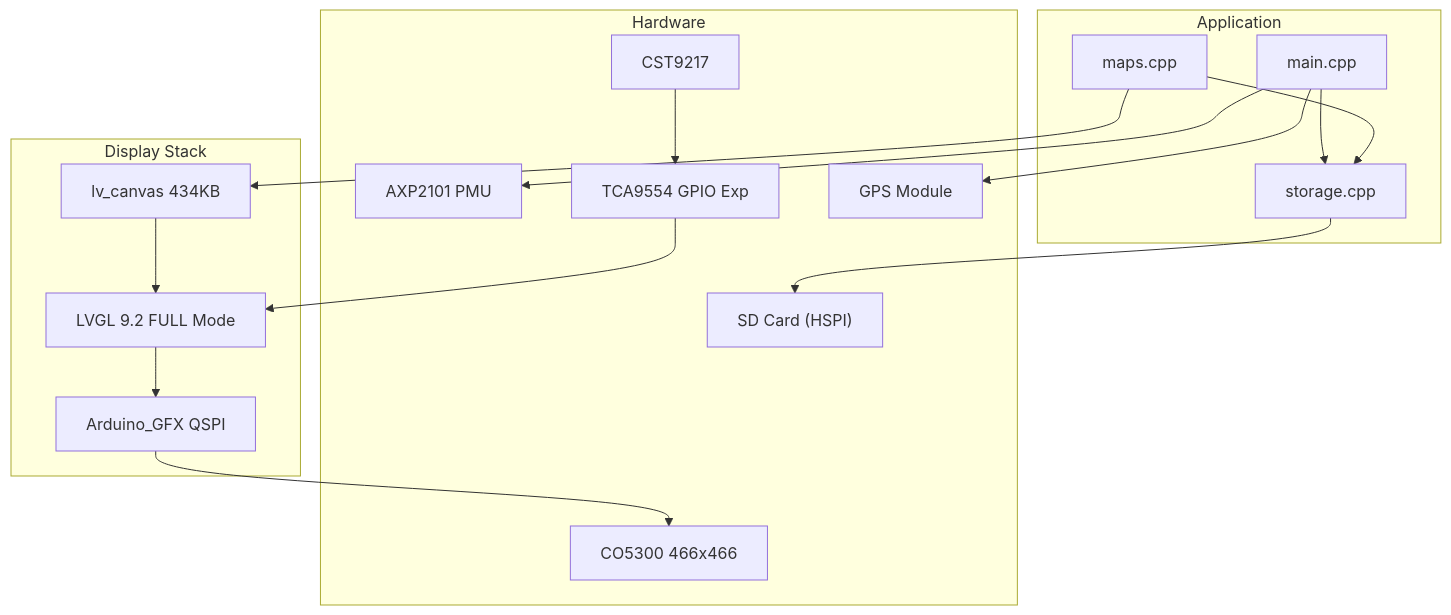
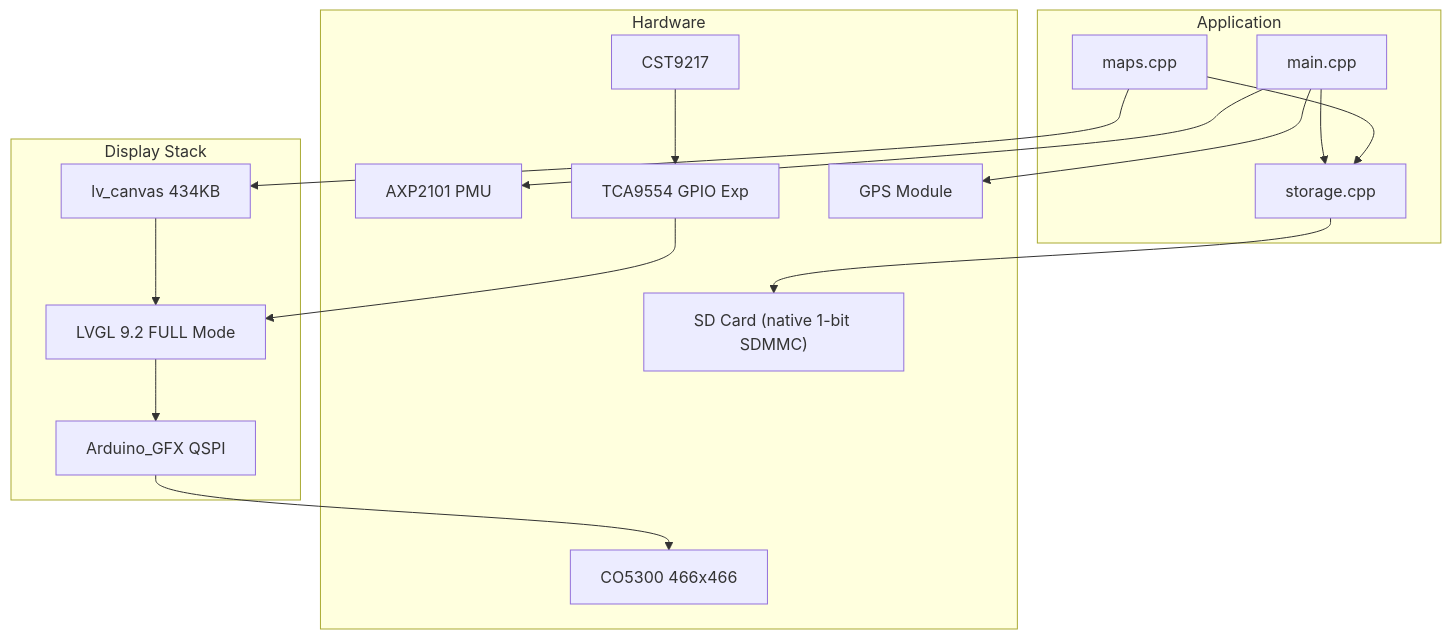
One commit to seichris/open-bike-computer changed the diagram in esp32/WAVESHARE_AMOLED_175_PORT.md. Above: the diagram before and after it, drawn with Mermaid. The commit also changed other lines of this file and 10 other files, not shown here.

Commit message:
Use native SDMMC for Waveshare storage

````diff
--- a/esp32/WAVESHARE_AMOLED_175_PORT.md
+++ b/esp32/WAVESHARE_AMOLED_175_PORT.md
@@ -493,35 +505,35 @@
 ```mermaid
 graph TD
     subgraph "Hardware"
         AXP["AXP2101 PMU"]
         AMOLED["CO5300 466x466"]
         Touch["CST9217"]
         TCA["TCA9554 GPIO Exp"]
-        SD["SD Card (HSPI)"]
+        SD["SD Card (native 1-bit SDMMC)"]
         GPS["GPS Module"]
     end
 
     subgraph "Display Stack"
         AGFX["Arduino_GFX QSPI"]
         LVGL["LVGL 9.2 FULL Mode"]
         Canvas["lv_canvas 434KB"]
     end
 
     subgraph "Application"
         Maps["maps.cpp"]
         Main["main.cpp"]
         Storage["storage.cpp"]
     end
 
     Main --> AXP
     Main --> GPS
     Main --> Storage
     Storage --> SD
     Maps --> Storage
     Maps --> Canvas
     Canvas --> LVGL
     LVGL --> AGFX
     AGFX --> AMOLED
     Touch --> TCA
     TCA --> LVGL
 ```
````
